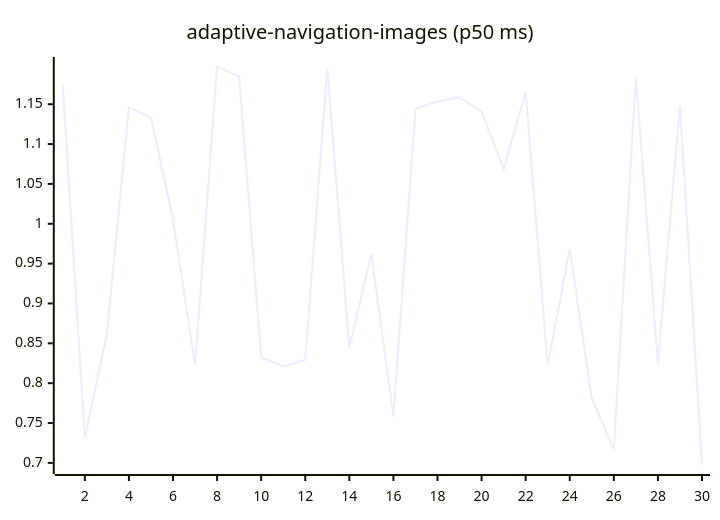
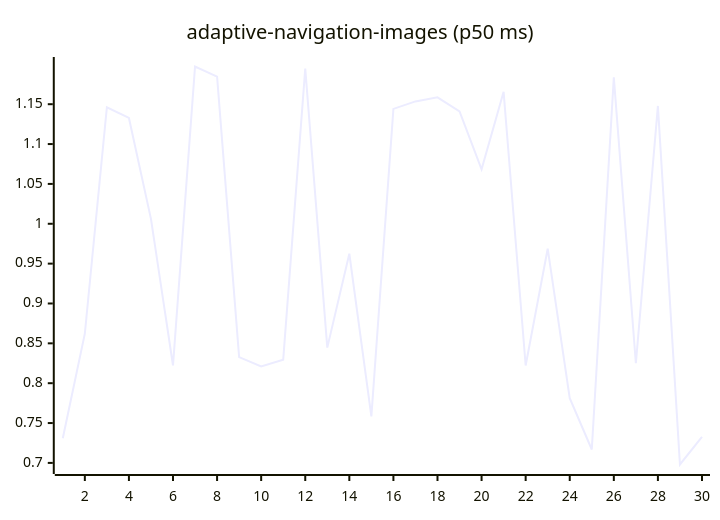
The first of 27 diagrams in README.md (josha/Facet), drawn with Mermaid before and after one commit. The commit also changed other lines of this file and 2 other files, not shown here.

````diff
--- a/README.md
+++ b/README.md
@@ -63,6 +63,6 @@
 ```mermaid
 xychart-beta
     title "adaptive-navigation-images (p50 ms)"
     x-axis 1 --> 30
-    line [1.1733, 0.7309, 0.8622, 1.1462, 1.1328, 1.0062, 0.8224, 1.1973, 1.1845, 0.8328, 0.8211, 0.8295, 1.1947, 0.8446, 0.9624, 0.7583, 1.1441, 1.1535, 1.1586, 1.1410, 1.0683, 1.1655, 0.8222, 0.9687, 0.7812, 0.7168, 1.1836, 0.8250, 1.1478, 0.6980]
+    line [0.7309, 0.8622, 1.1462, 1.1328, 1.0062, 0.8224, 1.1973, 1.1845, 0.8328, 0.8211, 0.8295, 1.1947, 0.8446, 0.9624, 0.7583, 1.1441, 1.1535, 1.1586, 1.1410, 1.0683, 1.1655, 0.8222, 0.9687, 0.7812, 0.7168, 1.1836, 0.8250, 1.1478, 0.6980, 0.7325]
 ```
````
